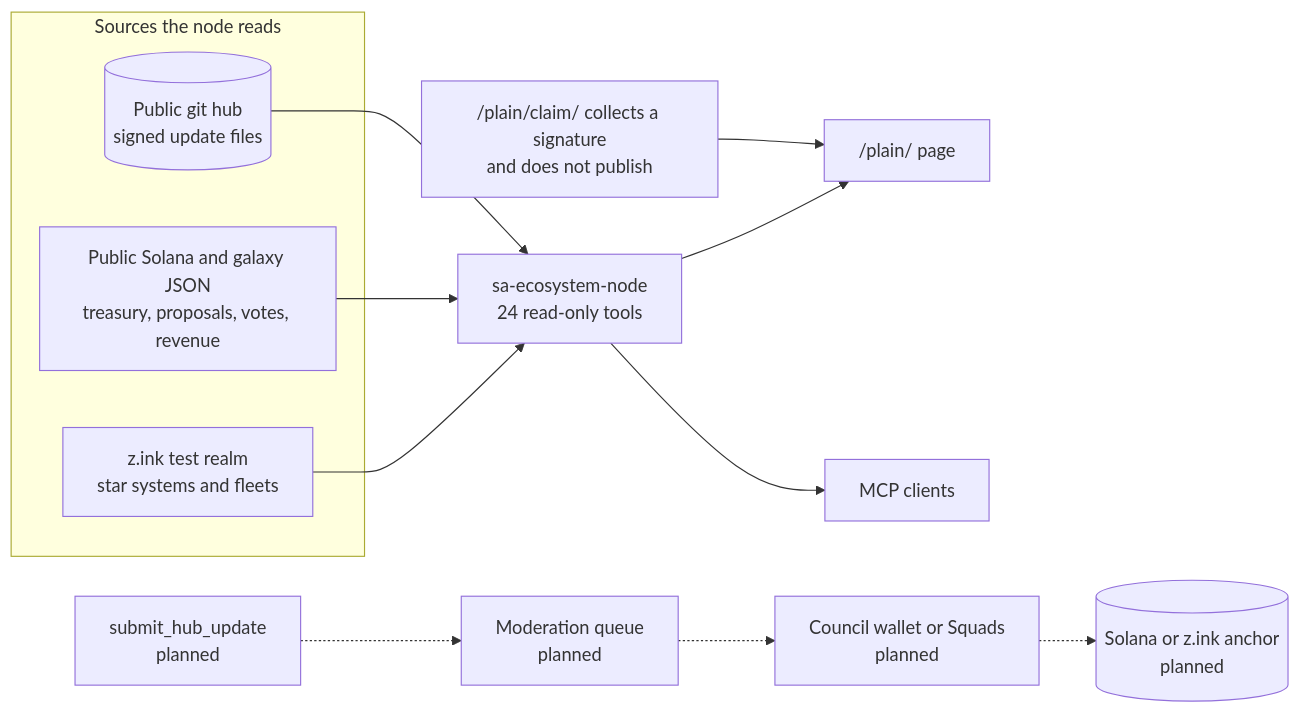
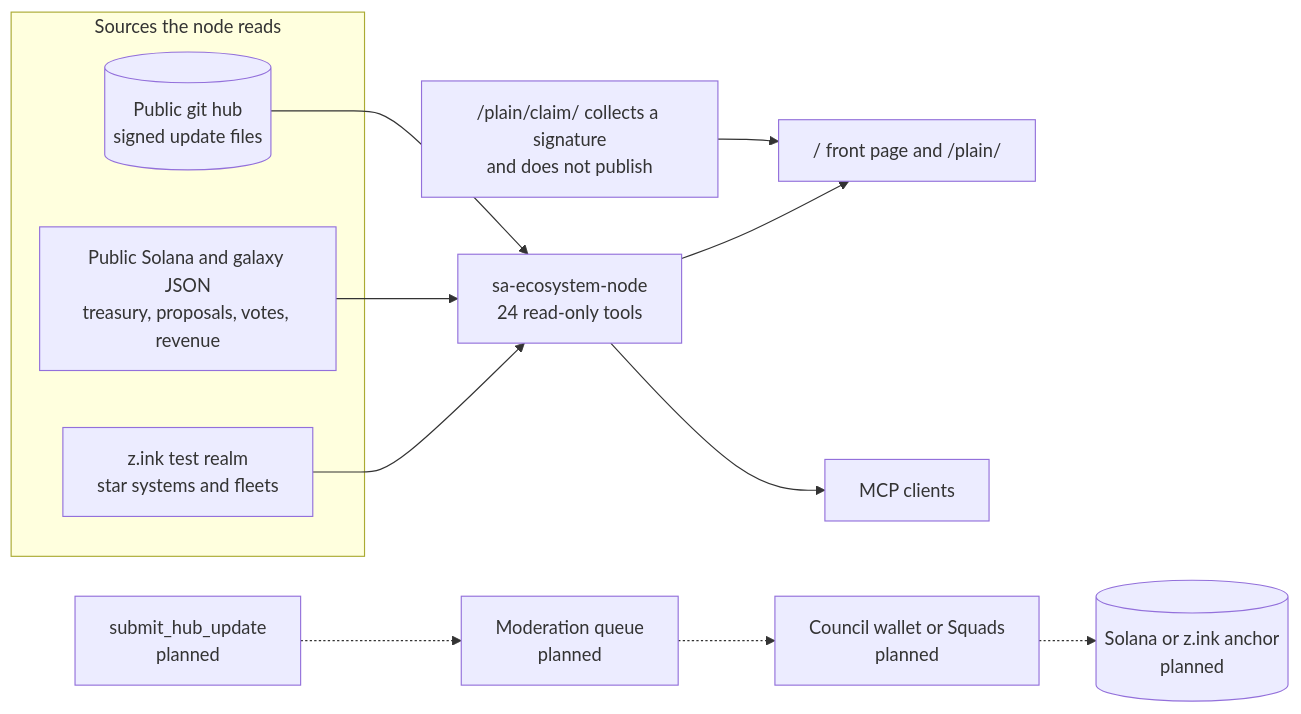
Before and after one commit to PhoenixClaw01/sa-ecosystem-node: the first of 2 diagrams in docs/spec.md, drawn with Mermaid. The commit also changed other lines of this file and 19 other files, not shown here.

First line of the commit message:
Live MCP playground and a DAO portal front page (#15)

````diff
--- a/docs/spec.md
+++ b/docs/spec.md
@@ -21,17 +21,17 @@
 ```mermaid
 flowchart LR
   subgraph sources [Sources the node reads]
     G[z.ink test realm<br/>star systems and fleets]
     C[Public Solana and galaxy JSON<br/>treasury, proposals, votes, revenue]
     H[(Public git hub<br/>signed update files)]
   end
   G --> N[sa-ecosystem-node<br/>24 read-only tools]
   C --> N
   H --> N
-  N --> P["/plain/ page"]
+  N --> P["/ front page and /plain/"]
   N --> M[MCP clients]
   Q[Moderation queue<br/>planned] -.-> A[Council wallet or Squads<br/>planned]
   A -.-> K[(Solana or z.ink anchor<br/>planned)]
   S[submit_hub_update<br/>planned] -.-> Q
   B["/plain/claim/ collects a signature<br/>and does not publish"] --> P
 ```
````
